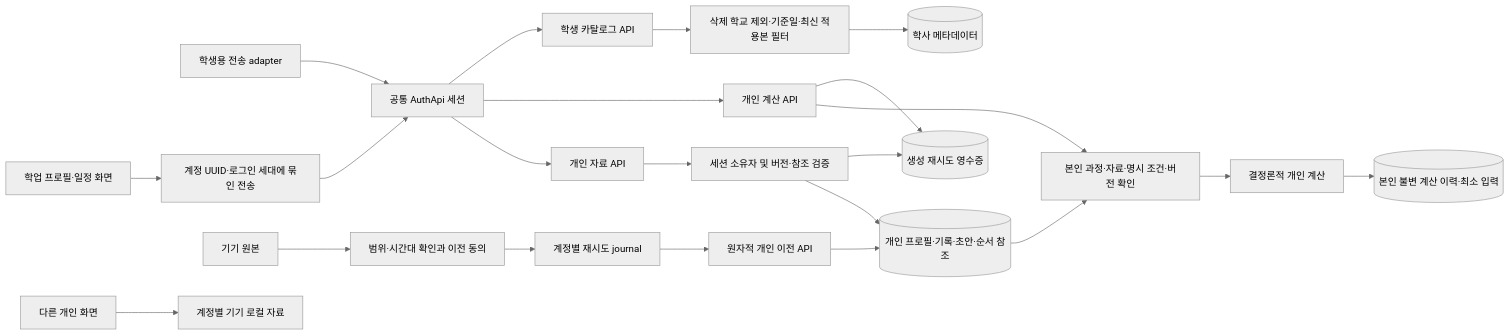
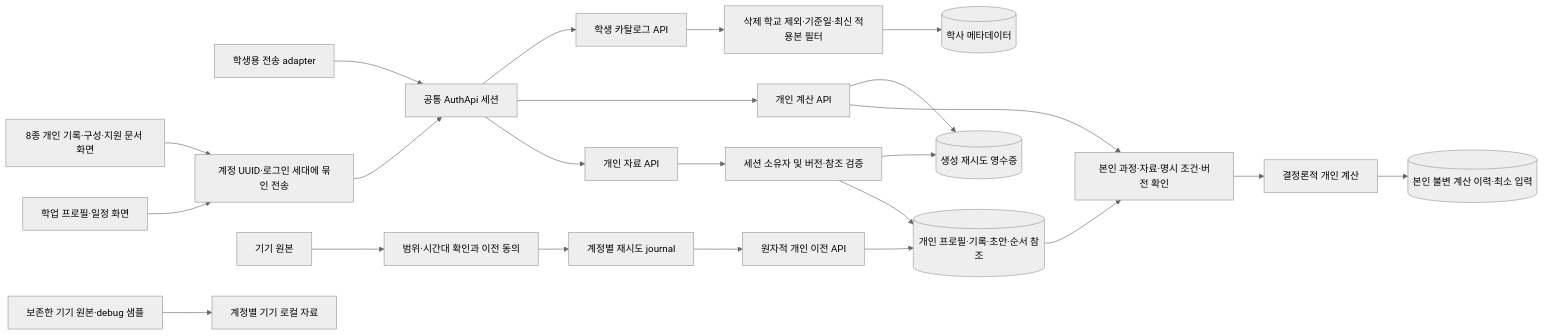
One commit to product04231125/UNIPATH changed the seventh of 11 diagrams in docs/architecture-erd.md. Above: the diagram before and after it, drawn with Mermaid (neutral theme). The commit also changed other lines of this file and 49 other files, not shown here.

````diff
--- a/docs/architecture-erd.md
+++ b/docs/architecture-erd.md
@@ -177,24 +177,25 @@
 ```mermaid
 flowchart LR
     Client[학생용 전송 adapter] --> Auth[공통 AuthApi 세션]
     Auth --> Me[개인 자료 API]
     Me --> Owner[세션 소유자 및 버전·참조 검증]
     Owner --> Personal[(개인 프로필·기록·초안·순서 참조)]
     Owner --> Receipt[(생성 재시도 영수증)]
     Auth --> Calculation[개인 계산 API]
     Calculation --> PrivateGuard[본인 과정·자료·명시 조건·버전 확인]
     Personal --> PrivateGuard
     PrivateGuard --> Engine[결정론적 개인 계산]
     Engine --> Snapshots[(본인 불변 계산 이력·최소 입력)]
     Calculation --> Receipt
     Auth --> Catalog[학생 카탈로그 API]
     Catalog --> Published[삭제 학교 제외·기준일·최신 적용본 필터]
     Published --> Academic[(학사 메타데이터)]
     Planning[학업 프로필·일정 화면] --> Bound[계정 UUID·로그인 세대에 묶인 전송]
     Bound --> Auth
     Legacy[기기 원본] --> Consent[범위·시간대 확인과 이전 동의]
     Consent --> Journal[계정별 재시도 journal]
     Journal --> Import[원자적 개인 이전 API]
     Import --> Personal
-    Existing[다른 개인 화면] --> Local[계정별 기기 로컬 자료]
+    Records[8종 개인 기록·구성·지원 문서 화면] --> Bound
+    Originals[보존한 기기 원본·debug 샘플] --> Local[계정별 기기 로컬 자료]
 ```
````
